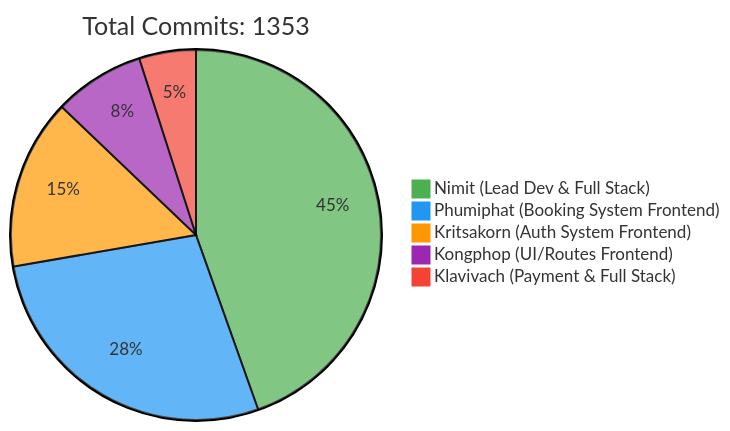
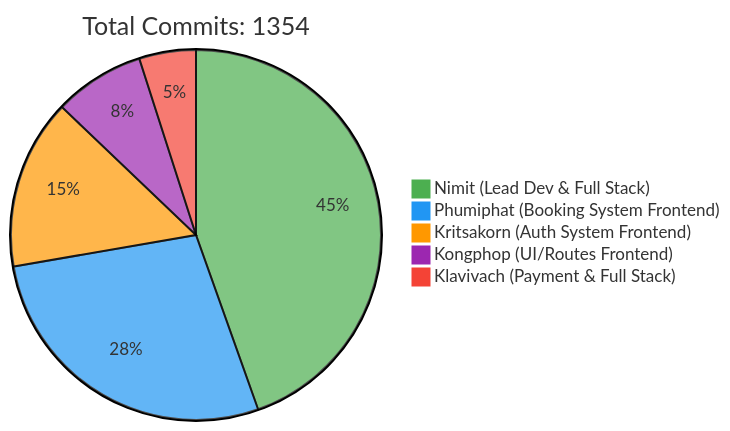
Before and after one commit to 6531503042/Sport-Complex: the first of 2 diagrams in README.md, drawn with Mermaid. The commit also changed other lines of this file, not shown here.

Commit message:
docs: Update contributor statistics [skip ci]

````diff
--- a/README.md
+++ b/README.md
@@ -257,10 +257,10 @@
 ```mermaid
 %%{init: {'theme': 'base', 'themeVariables': { 'pie1': '#4CAF50', 'pie2': '#2196F3', 'pie3': '#FF9800', 'pie4': '#9C27B0', 'pie5': '#F44336'}}}%%
 pie
-    title Total Commits: 1353
+    title Total Commits: 1354
     "Nimit (Lead Dev & Full Stack)" : 450
     "Phumiphat (Booking System Frontend)" : 280
     "Kritsakorn (Auth System Frontend)" : 150
     "Kongphop (UI/Routes Frontend)" : 80
     "Klavivach (Payment & Full Stack)" : 50
 ```
````
